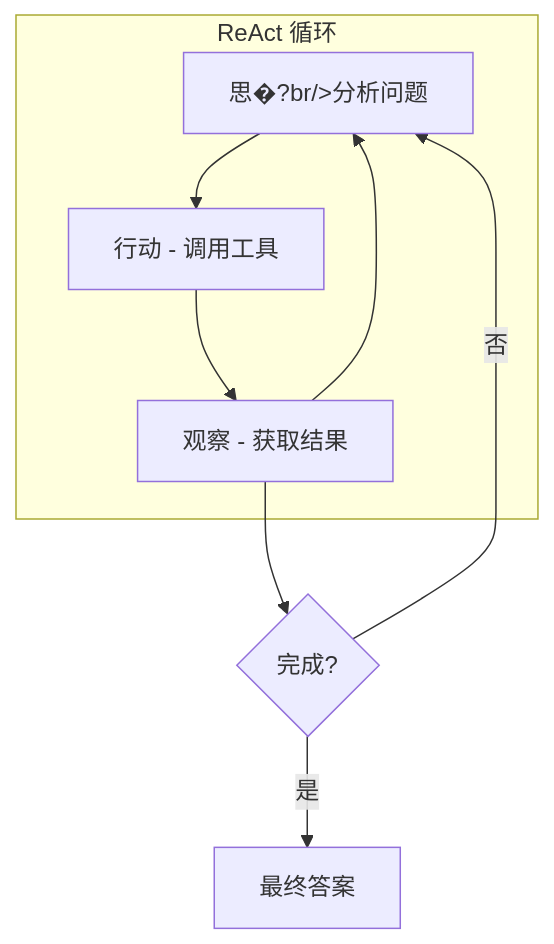
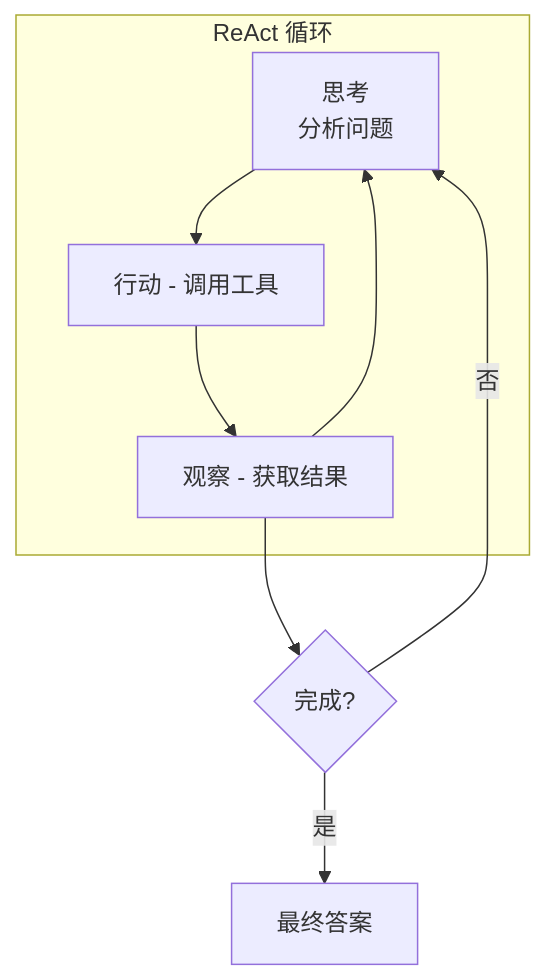
One commit to likebeans/notes-on-llms changed the ninth of 11 diagrams in docs/llms/multimodal/rag-agent.md. Above: the diagram before and after it, drawn with Mermaid. The commit also changed other lines of this file and 8 other files, not shown here.

````diff
--- a/docs/llms/multimodal/rag-agent.md
+++ b/docs/llms/multimodal/rag-agent.md
@@ -311,12 +311,12 @@
 ```mermaid
 flowchart TB
     subgraph ReAct 循环
-        THINK[思�?br/>分析问题] --> ACT[行动 - 调用工具]
+        THINK[思考<br/>分析问题] --> ACT[行动 - 调用工具]
         ACT --> OBS[观察 - 获取结果]
         OBS --> THINK
     end
     
     OBS --> DONE{完成?}
     DONE -->|否| THINK
     DONE -->|是| ANS[最终答案]
 ```
````
